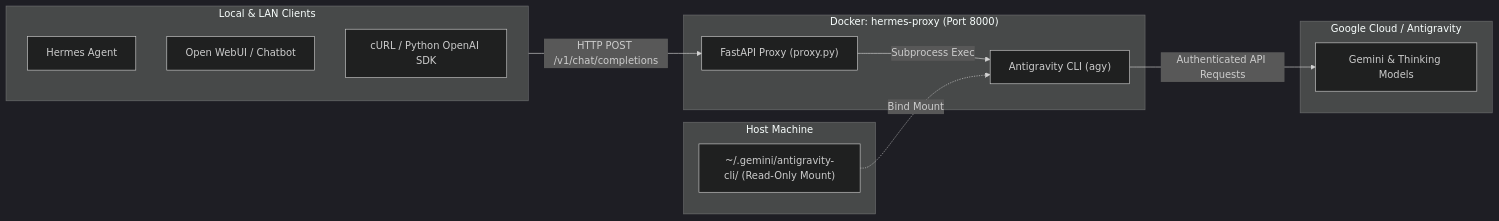
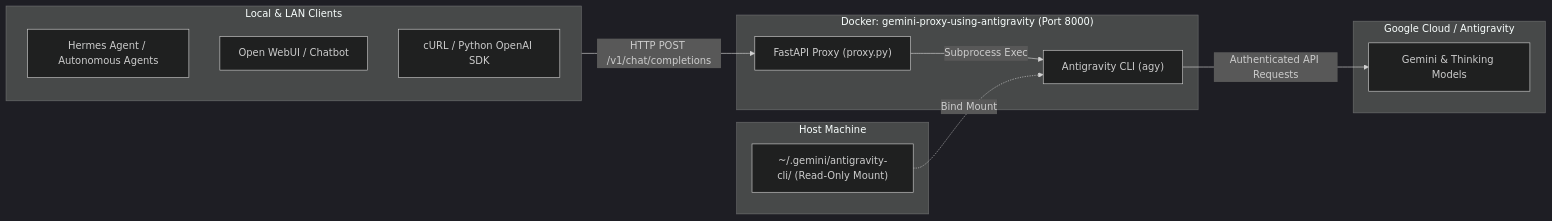
Before and after one commit to ankurawl/gemini-proxy-using-antigravity: the diagram in README.md, drawn with Mermaid (dark theme). The commit also changed other lines of this file and 2 other files, not shown here.

Commit message:
refactor: rename service and references to gemini-proxy-using-antigravity

````diff
--- a/README.md
+++ b/README.md
@@ -23,26 +23,26 @@
 ```mermaid
 flowchart LR
     subgraph Clients["Local & LAN Clients"]
-        H[Hermes Agent]
+        H[Hermes Agent / Autonomous Agents]
         W[Open WebUI / Chatbot]
         C[cURL / Python OpenAI SDK]
     end
 
-    subgraph DockerContainer["Docker: hermes-proxy (Port 8000)"]
+    subgraph DockerContainer["Docker: gemini-proxy-using-antigravity (Port 8000)"]
         F["FastAPI Proxy (proxy.py)"]
         CLI["Antigravity CLI (agy)"]
         F -->|Subprocess Exec| CLI
     end
 
     subgraph Host["Host Machine"]
         Creds["~/.gemini/antigravity-cli/ (Read-Only Mount)"]
     end
 
     subgraph Cloud["Google Cloud / Antigravity"]
         LLM["Gemini & Thinking Models"]
     end
 
     Clients -->|HTTP POST /v1/chat/completions| F
     Creds -.->|Bind Mount| CLI
     CLI -->|Authenticated API Requests| LLM
 ```
````
